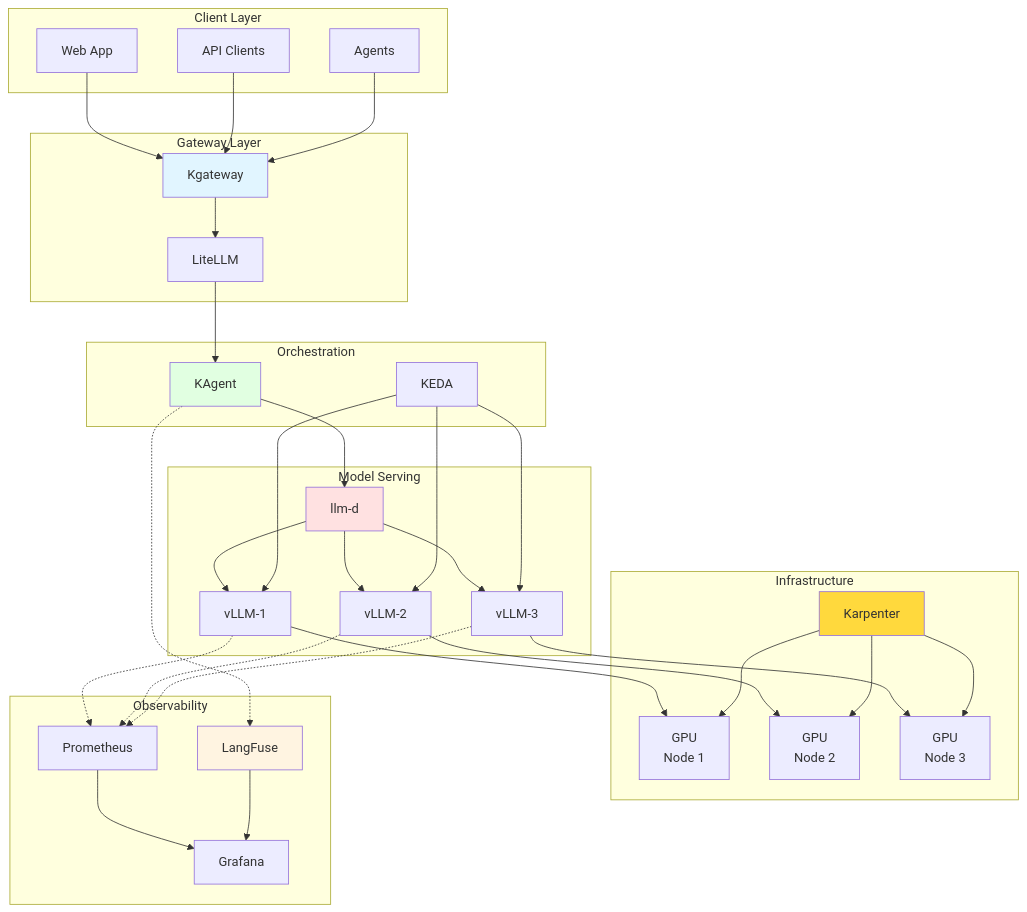
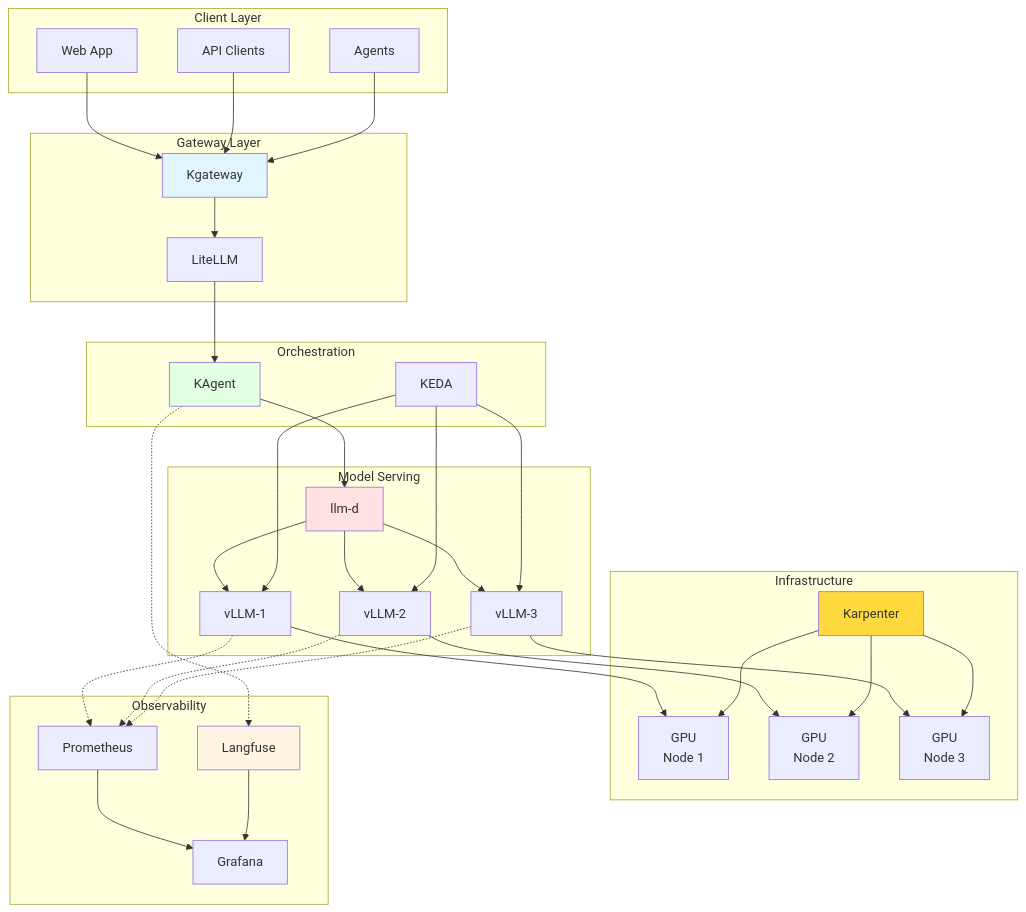
The tenth of 16 diagrams in docs/agentic-ai-platform/design-architecture/agentic-ai-challenges.md (devfloor9/engineering-playbook), drawn with Mermaid before and after one commit. The commit also changed other lines of this file and 21 other files, not shown here.

````diff
--- a/docs/agentic-ai-platform/design-architecture/agentic-ai-challenges.md
+++ b/docs/agentic-ai-platform/design-architecture/agentic-ai-challenges.md
@@ -389,70 +556,70 @@
 ```mermaid
 flowchart TD
     subgraph Client["Client Layer"]
         WEB["Web App"]
         API["API Clients"]
         AGENT["Agents"]
     end
 
     subgraph Gateway["Gateway Layer"]
         KGW["Kgateway"]
         LITE["LiteLLM"]
     end
 
     subgraph Orchestration["Orchestration"]
         KAGENT["KAgent"]
         KEDA["KEDA"]
     end
 
     subgraph Serving["Model Serving"]
         LLMD["llm-d"]
         VLLM1["vLLM-1"]
         VLLM2["vLLM-2"]
         VLLM3["vLLM-3"]
     end
 
     subgraph Infra["Infrastructure"]
         KARP["Karpenter"]
         GPU1["GPU<br/>Node 1"]
         GPU2["GPU<br/>Node 2"]
         GPU3["GPU<br/>Node 3"]
     end
 
     subgraph Obs["Observability"]
-        LF["LangFuse"]
+        LF["Langfuse"]
         PROM["Prometheus"]
         GRAF["Grafana"]
     end
 
     WEB --> KGW
     API --> KGW
     AGENT --> KGW
     KGW --> LITE
     LITE --> KAGENT
     KAGENT --> LLMD
     LLMD --> VLLM1
     LLMD --> VLLM2
     LLMD --> VLLM3
     VLLM1 --> GPU1
     VLLM2 --> GPU2
     VLLM3 --> GPU3
     KARP --> GPU1
     KARP --> GPU2
     KARP --> GPU3
     KEDA --> VLLM1
     KEDA --> VLLM2
     KEDA --> VLLM3
 
     KAGENT -.-> LF
     VLLM1 -.-> PROM
     VLLM2 -.-> PROM
     VLLM3 -.-> PROM
     PROM --> GRAF
     LF --> GRAF
 
     style KGW fill:#e1f5ff
     style KAGENT fill:#e1ffe1
     style KARP fill:#ffd93d
     style LF fill:#fff4e1
     style LLMD fill:#ffe1e1
 ```
````
